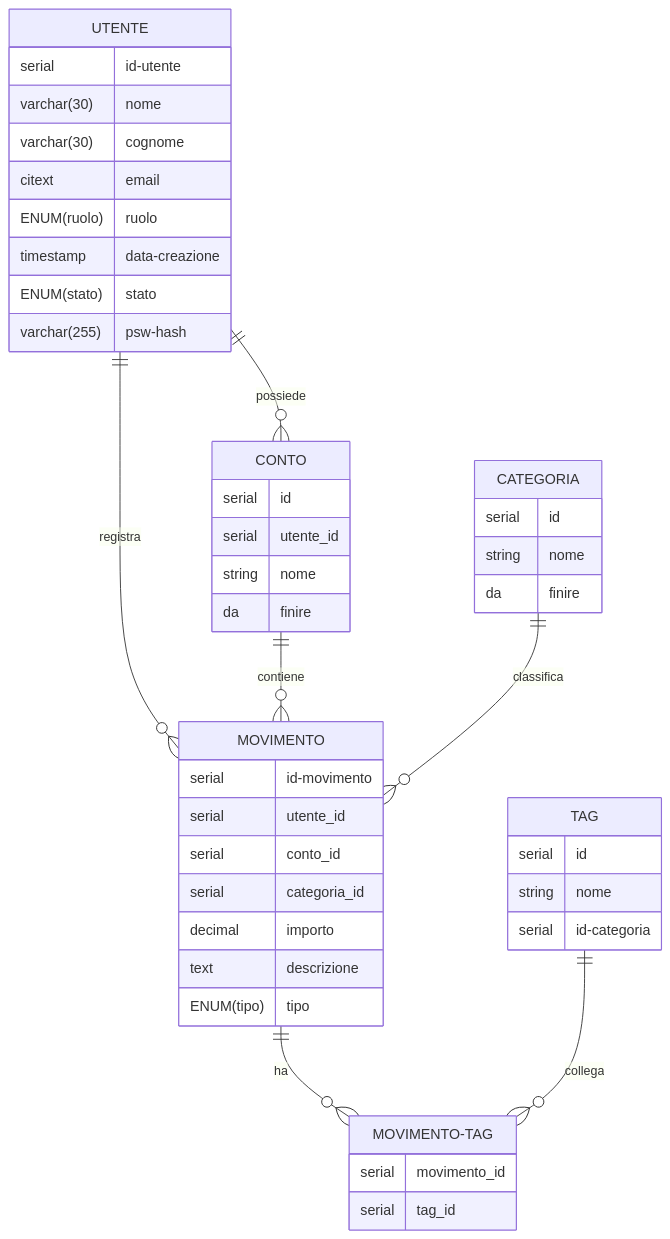
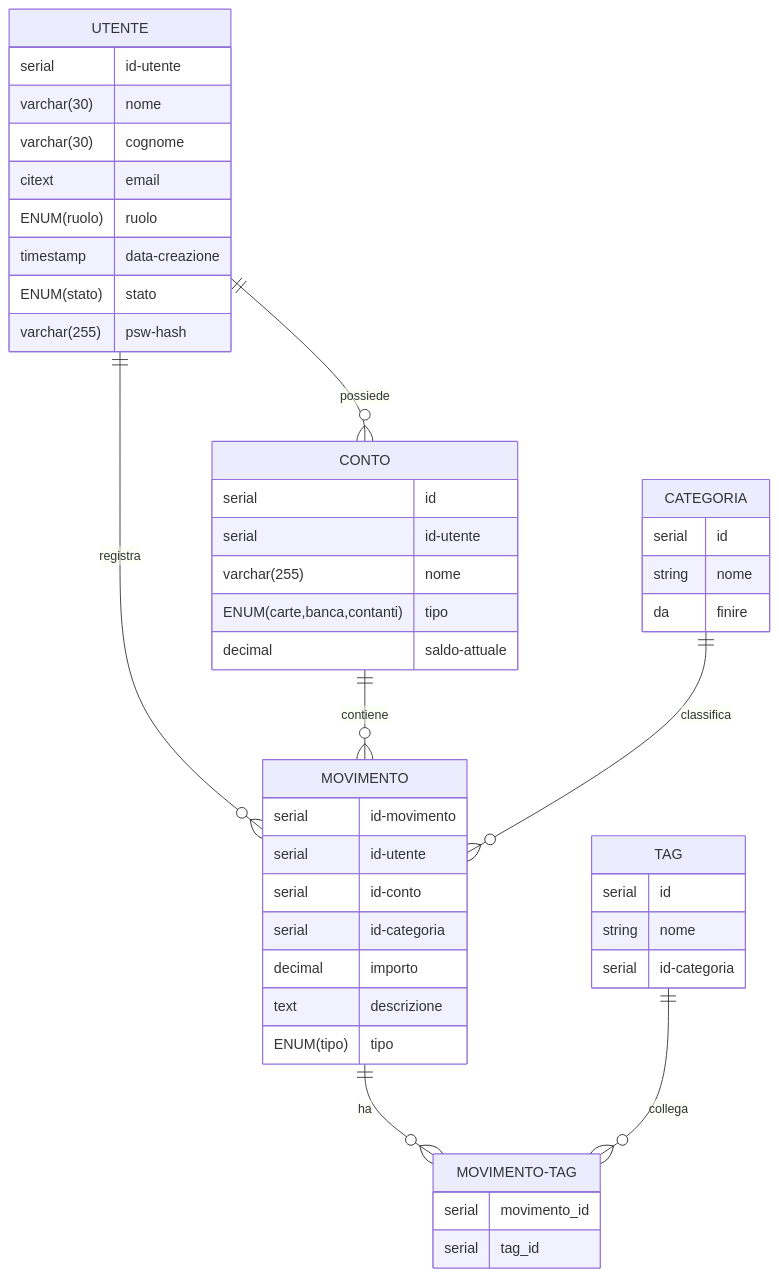
The diagram in README.MD (StetoVillans/SV-ErMoneiTracher), drawn with Mermaid before and after one commit. The commit also changed 1 other file, not shown here.

Commit message:
Docs: tabella conto aggiunta

````diff
--- a/README.MD
+++ b/README.MD
@@ -29,54 +29,55 @@
 ``` mermaid
 erDiagram
     UTENTE {
         serial id-utente
         varchar(30) nome
         varchar(30) cognome
         citext email
         ENUM(ruolo) ruolo
         timestamp data-creazione
         ENUM(stato) stato
         varchar(255) psw-hash
     }
 
     CONTO {
         serial id
-        serial utente_id
-        string nome
-        da finire
+        serial id-utente
+        varchar(255) nome
+        ENUM(carte,banca,contanti) tipo
+        decimal saldo-attuale
     }
 
     MOVIMENTO {
         serial id-movimento
-        serial utente_id
-        serial conto_id
-        serial categoria_id
+        serial id-utente
+        serial id-conto
+        serial id-categoria
         decimal importo
         text descrizione
         ENUM(tipo) tipo
     }
 
     CATEGORIA {
         serial id
         string nome
         da finire
     }
 
     TAG {
         serial id
         string nome
         serial id-categoria
     }
 
     MOVIMENTO-TAG {
         serial movimento_id
         serial tag_id
     }
 
     UTENTE ||--o{ CONTO : possiede
     UTENTE ||--o{ MOVIMENTO : registra
     CONTO ||--o{ MOVIMENTO : contiene
     CATEGORIA ||--o{ MOVIMENTO : classifica
     MOVIMENTO ||--o{ MOVIMENTO-TAG : ha
     TAG ||--o{ MOVIMENTO-TAG : collega
 ```
````
